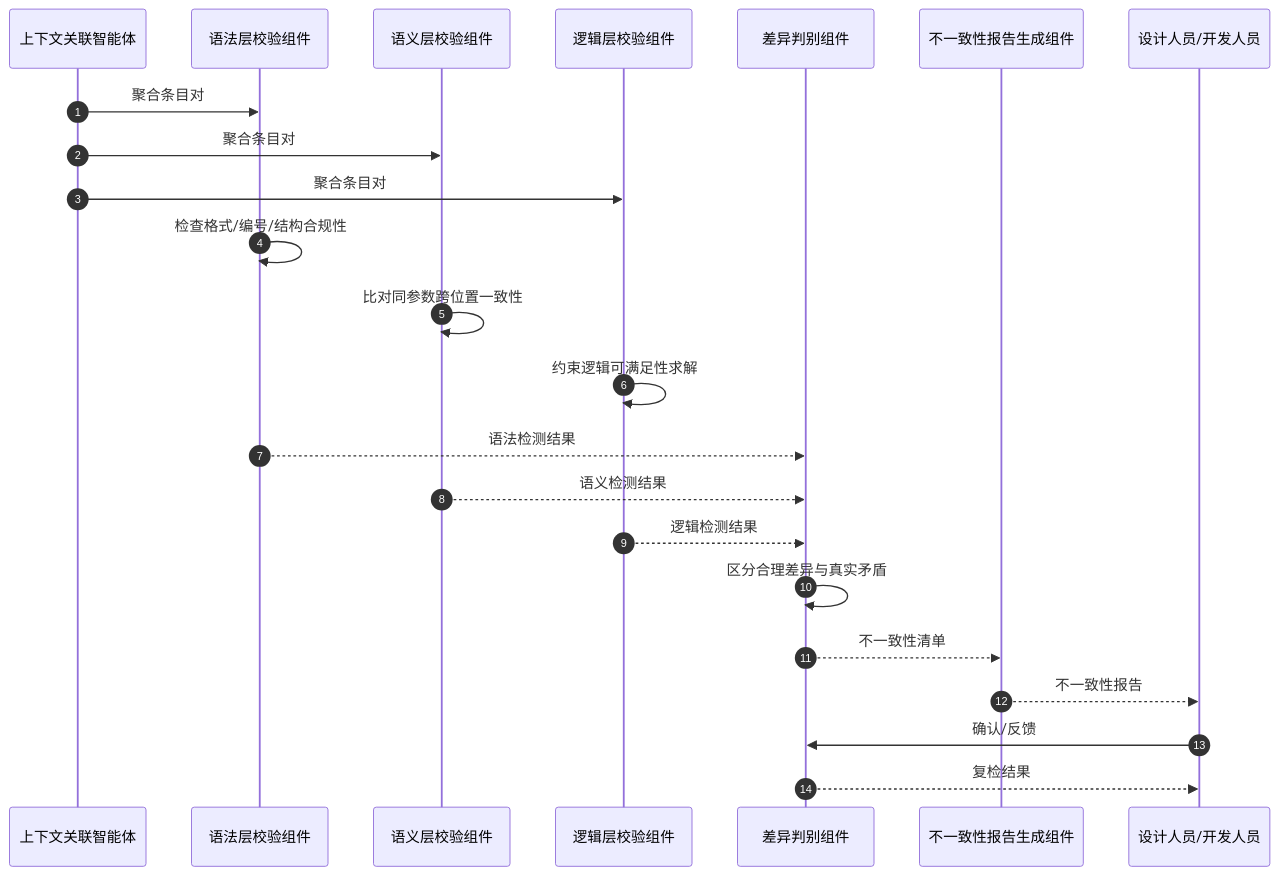
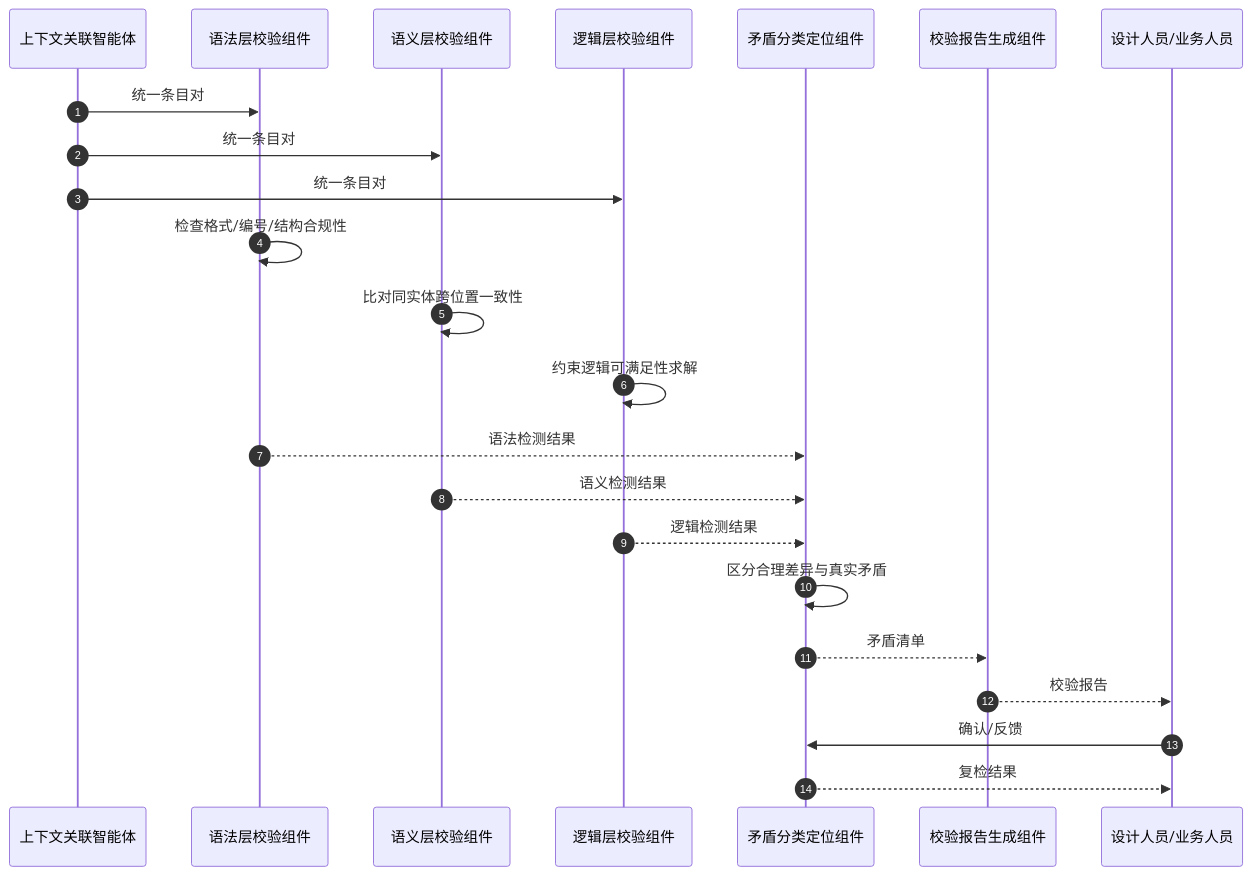
The diagram in tools/seq_consistency_check.mmd (hongshi1/data-clean), drawn with Mermaid before and after one commit. The commit also changed 3403 other files, not shown here.

```diff
--- a/tools/seq_consistency_check.mmd
+++ b/tools/seq_consistency_check.mmd
@@ -1,24 +1,24 @@
 sequenceDiagram
     autonumber
     participant CTX as 上下文关联智能体
     participant SYN as 语法层校验组件
     participant SEM as 语义层校验组件
     participant LOG as 逻辑层校验组件
-    participant DIF as 差异判别组件
-    participant RPT as 不一致性报告生成组件
-    participant DEV as 设计人员/开发人员
+    participant DIF as 矛盾分类定位组件
+    participant RPT as 校验报告生成组件
+    participant USR as 设计人员/业务人员
 
-    CTX->>SYN: 聚合条目对
-    CTX->>SEM: 聚合条目对
-    CTX->>LOG: 聚合条目对
+    CTX->>SYN: 统一条目对
+    CTX->>SEM: 统一条目对
+    CTX->>LOG: 统一条目对
     SYN->>SYN: 检查格式/编号/结构合规性
-    SEM->>SEM: 比对同参数跨位置一致性
+    SEM->>SEM: 比对同实体跨位置一致性
     LOG->>LOG: 约束逻辑可满足性求解
     SYN-->>DIF: 语法检测结果
     SEM-->>DIF: 语义检测结果
     LOG-->>DIF: 逻辑检测结果
     DIF->>DIF: 区分合理差异与真实矛盾
-    DIF-->>RPT: 不一致性清单
-    RPT-->>DEV: 不一致性报告
-    DEV->>DIF: 确认/反馈
-    DIF-->>DEV: 复检结果
+    DIF-->>RPT: 矛盾清单
+    RPT-->>USR: 校验报告
+    USR->>DIF: 确认/反馈
+    DIF-->>USR: 复检结果
```
